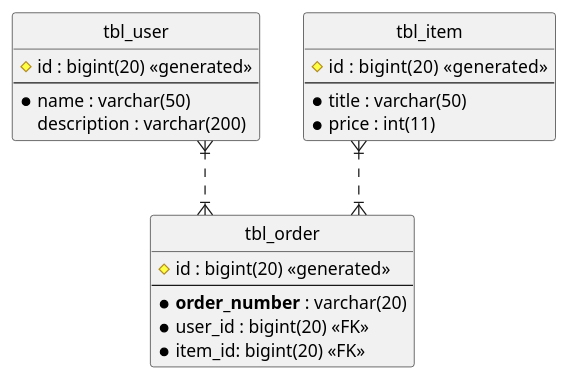
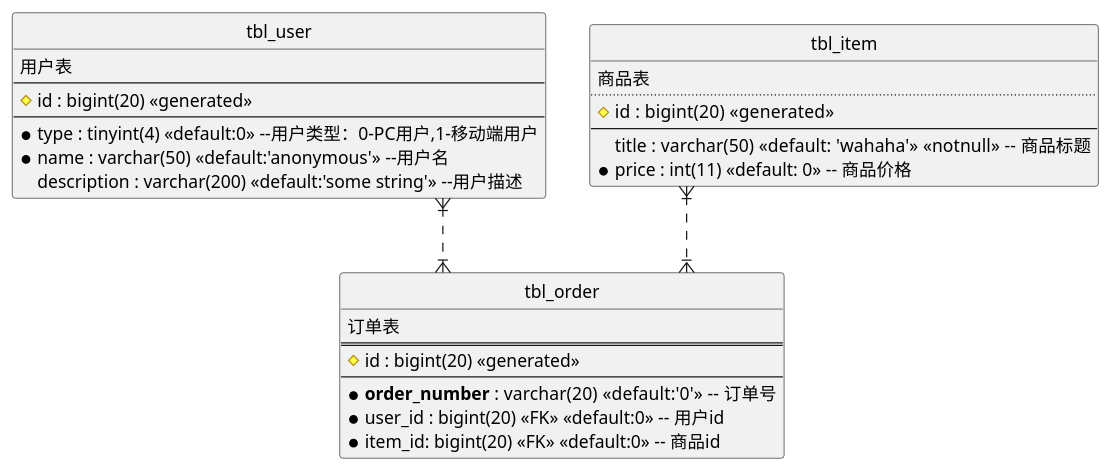
One commit to xwsg/plantuml2ddl changed the diagram in mall.puml. Above: the diagram before and after it, drawn with PlantUML. The commit also changed 3 other files, not shown here.

```diff
--- a/mall.puml
+++ b/mall.puml
@@ -1,34 +1,41 @@
 @startuml
 
 ' hide the spot
 hide circle
 
 ' avoid problems with angled crows feet
 skinparam linetype ortho
 
 entity "tbl_user" as user {
+  用户表
+  --
   #id : bigint(20) <<generated>>
   --
-  *name : varchar(50)
-  description : varchar(200)
+  *type : tinyint(4) <<default:0>> --用户类型：0-PC用户,1-移动端用户
+  *name : varchar(50) <<default:'anonymous'>> --用户名
+  description : varchar(200) <<default:'some string'>> --用户描述
 }
 
 entity "tbl_order" as order {
+  订单表
+  ==
   #id : bigint(20) <<generated>>
   --
-  * **order_number** : varchar(20)
-  *user_id : bigint(20) <<FK>>
-  *item_id: bigint(20) <<FK>>
+  * **order_number** : varchar(20)  <<default:'0'>> -- 订单号
+  *user_id : bigint(20) <<FK>> <<default:0>> -- 用户id
+  *item_id: bigint(20) <<FK>> <<default:0>> -- 商品id
 }
 
 entity "tbl_item" as item {
+  商品表
+  ..
   #id : bigint(20)  <<generated>>
   --
-  *title : varchar(50)
-  *price : int(11)
+  title : varchar(50)  <<default: 'wahaha'>> <<notnull>> -- 商品标题
+  *price : int(11) <<default: 0>> -- 商品价格
 }
 
 user }|..|{ order
 item }|..|{ order
 
 @enduml
```
